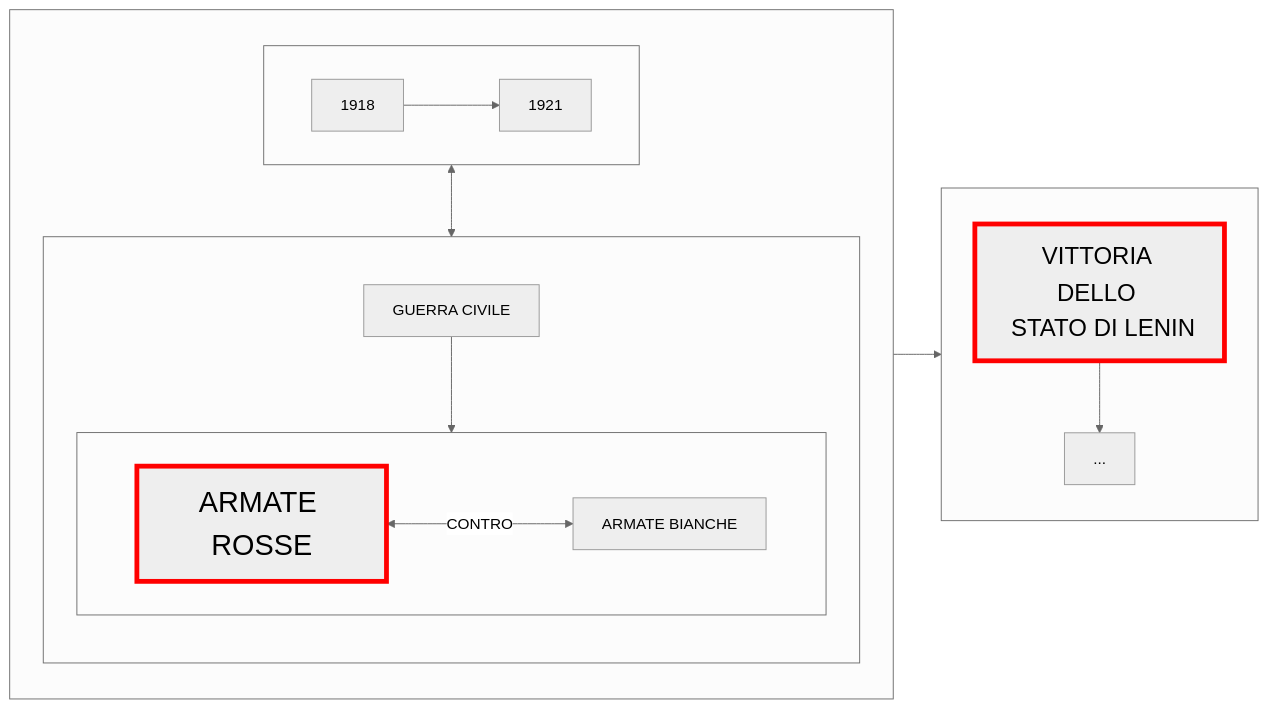
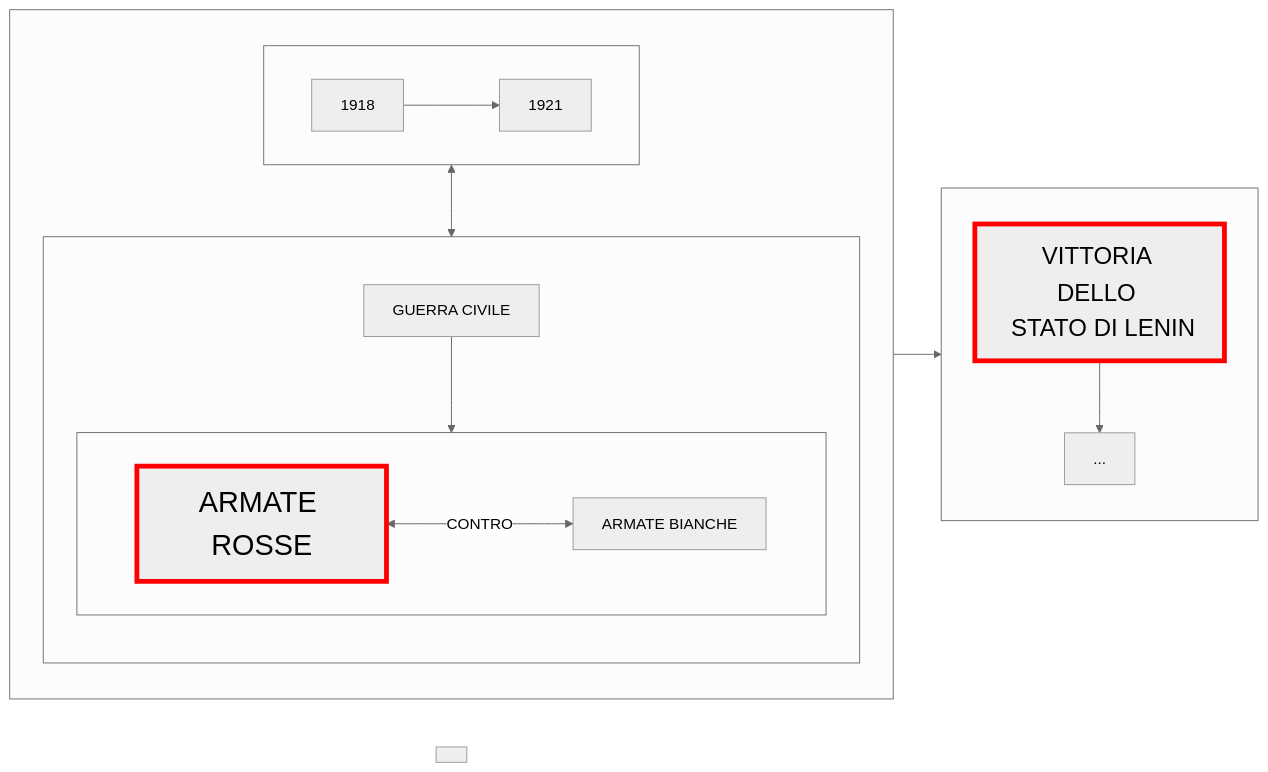
The diagram in prova.md (Laaouatni/ricerca-storia-MermaidJS), drawn with Mermaid (neutral theme) before and after one commit.

````diff
--- a/prova.md
+++ b/prova.md
@@ -1,38 +1,38 @@
 ```mermaid
 flowchart LR;
     subgraph 0[" "]
         direction TB;
         subgraph 01[" "]
             direction LR;
             010[1918]
             011[1921]
             010 --> 011
         end
         01 <--> 02
 
         subgraph 02[" "]
             direction TB;
             020[GUERRA CIVILE]
             subgraph 021[" "]
                 direction LR;
                 0210[ARMATE ROSSE]
                 style 0210 stroke:#ff0000,stroke-width:5px, font-size:30px;
                 0211[ARMATE BIANCHE]
                 0210 <-->|CONTRO| 0211
             end
             020 --> 021
         end
     end
 
     subgraph 030[" "]
         1[VITTORIA DELLO <BR> STATO DI LENIN]
         10[...]
         1 --> 10
         style 1 stroke:#ff0000,stroke-width:5px, font-size:25px;
     end
     0 --> 030
 
-    
-
-
+    subgraph 2[" "]
+      
+    end
 ```
````
